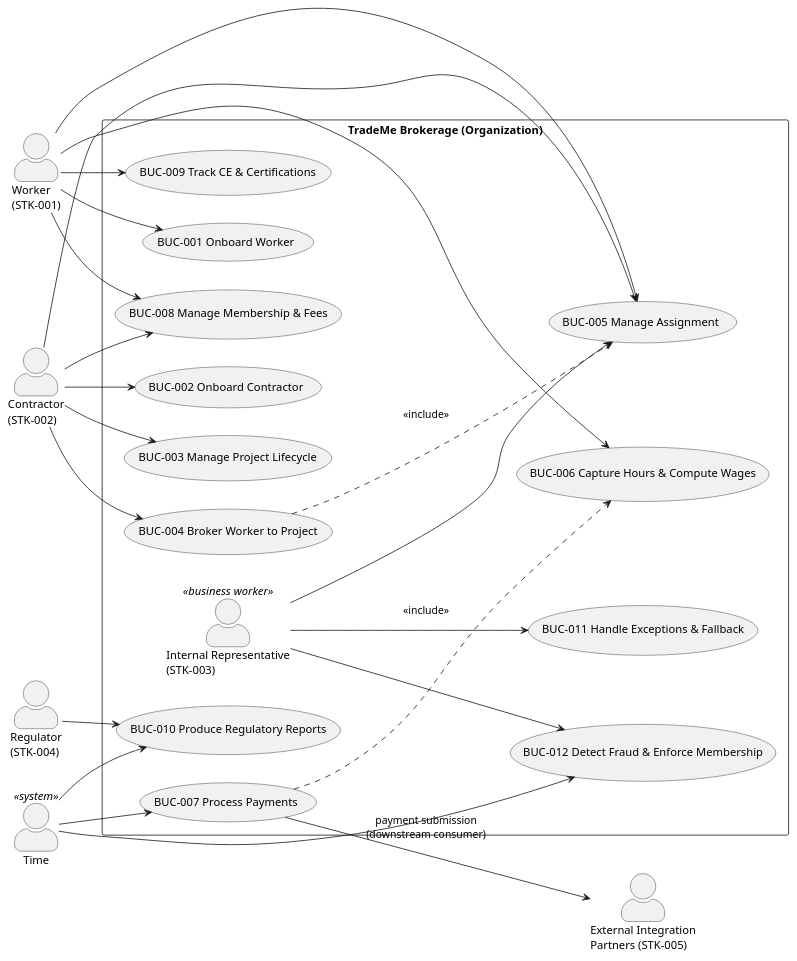
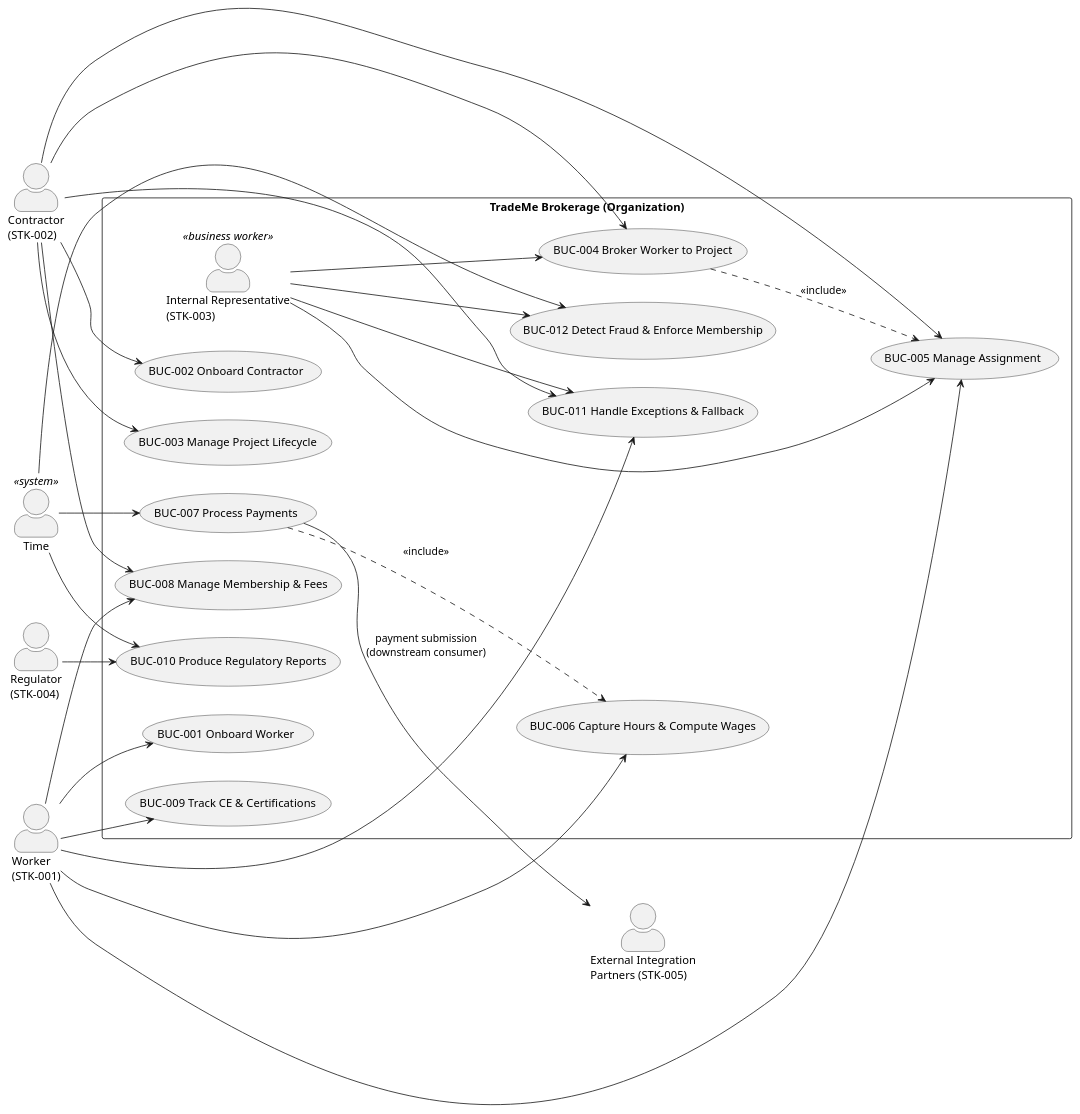
The second of 3 diagrams in docs/artifacts/requirements/use-case-model.md (banense-test/trademe), drawn with PlantUML before and after one commit. The commit also changed other lines of this file, not shown here.

Commit message:
Business Process Analyst [I3]: upsert Use-Case Model
[skip ci]

````diff
--- a/docs/artifacts/requirements/use-case-model.md
+++ b/docs/artifacts/requirements/use-case-model.md
@@ -186,52 +186,55 @@
 ```plantuml
 @startuml
 left to right direction
 skinparam packageStyle rectangle
 skinparam actorStyle awesome
 
 actor "Worker\n(STK-001)" as Worker
 actor "Contractor\n(STK-002)" as Contractor
 actor "Regulator\n(STK-004)" as Regulator
 actor "External Integration\nPartners (STK-005)" as Ext
 actor "Time" as Time <<system>>
 
 rectangle "TradeMe Brokerage (Organization)" {
   actor "Internal Representative\n(STK-003)" as Rep <<business worker>>
   usecase "BUC-001 Onboard Worker" as BUC1
   usecase "BUC-002 Onboard Contractor" as BUC2
   usecase "BUC-003 Manage Project Lifecycle" as BUC3
   usecase "BUC-004 Broker Worker to Project" as BUC4
   usecase "BUC-005 Manage Assignment" as BUC5
   usecase "BUC-006 Capture Hours & Compute Wages" as BUC6
   usecase "BUC-007 Process Payments" as BUC7
   usecase "BUC-008 Manage Membership & Fees" as BUC8
   usecase "BUC-009 Track CE & Certifications" as BUC9
   usecase "BUC-010 Produce Regulatory Reports" as BUC10
   usecase "BUC-011 Handle Exceptions & Fallback" as BUC11
   usecase "BUC-012 Detect Fraud & Enforce Membership" as BUC12
 }
 
 Worker --> BUC1
 Worker --> BUC5
 Worker --> BUC6
 Worker --> BUC8
 Worker --> BUC9
+Worker --> BUC11
 Contractor --> BUC2
 Contractor --> BUC3
 Contractor --> BUC4
 Contractor --> BUC5
 Contractor --> BUC8
+Contractor --> BUC11
 Regulator --> BUC10
+Rep --> BUC4
+Rep --> BUC5
 Rep --> BUC11
 Rep --> BUC12
-Rep --> BUC5
 
 Time --> BUC7
 Time --> BUC10
 Time --> BUC12
 
 BUC7 --> Ext : payment submission\n(downstream consumer)
 BUC4 ..> BUC5 : <<include>>
 BUC7 ..> BUC6 : <<include>>
 @enduml
 ```
````
